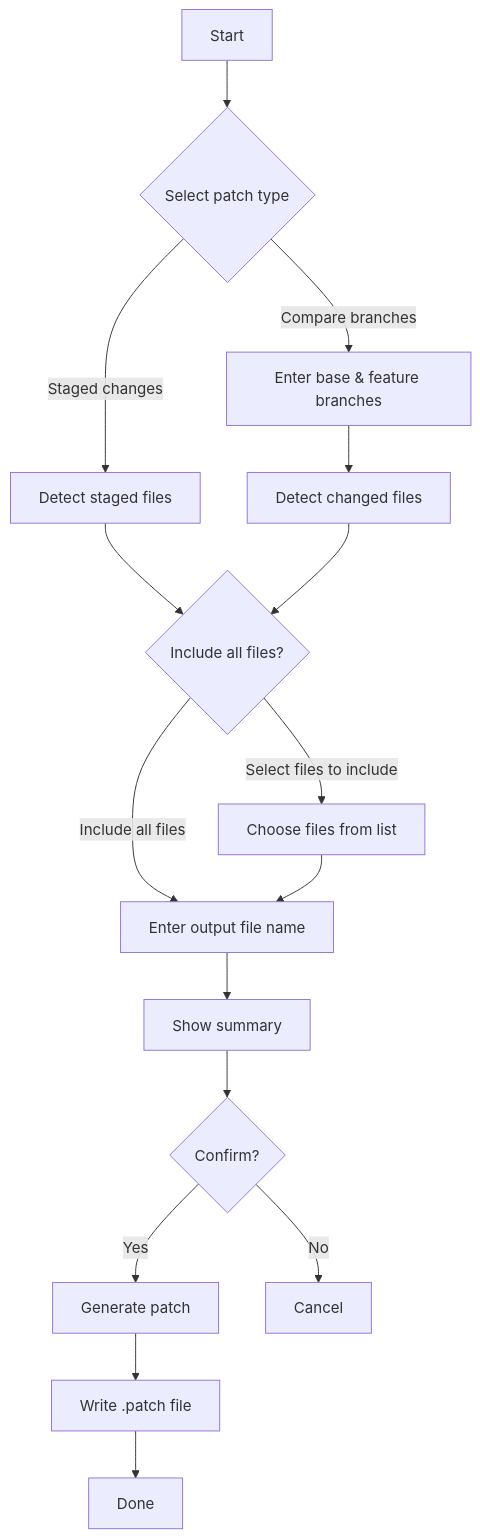
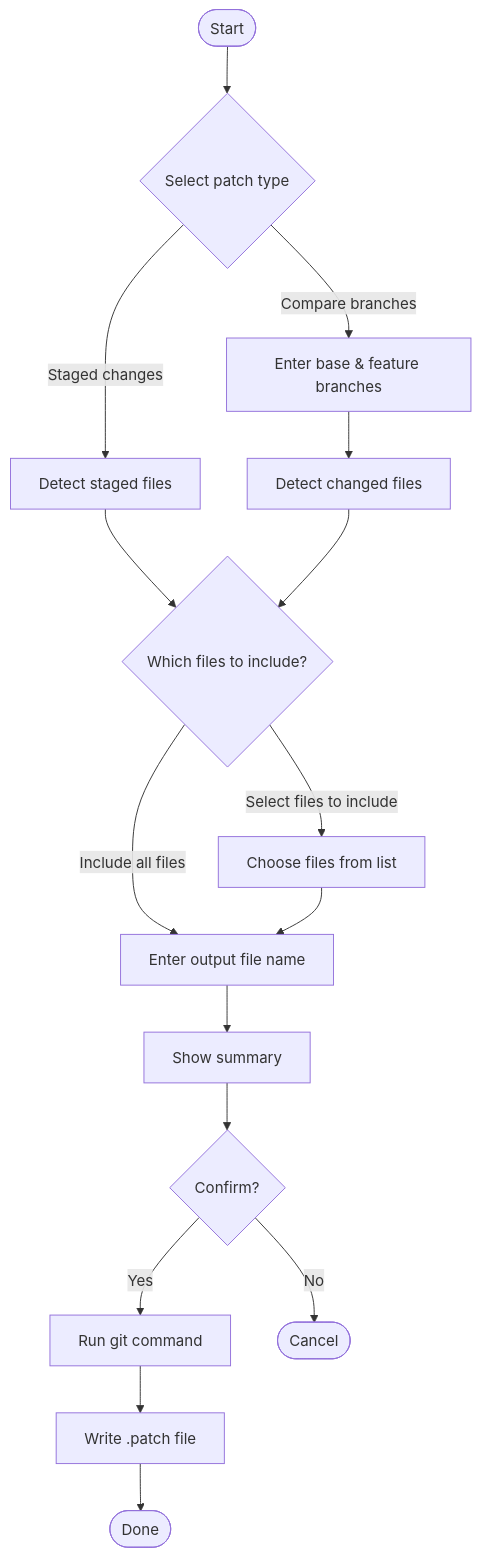
Before and after one commit to teles/patchgen: the diagram in README.md, drawn with Mermaid. The commit also changed other lines of this file, not shown here.

Commit message:
docs: update README to clarify patch generation workflow and enhance flowchart

````diff
--- a/README.md
+++ b/README.md
@@ -5,18 +156,18 @@
 ```mermaid
 flowchart TD
-    A[Start] --> B{Select patch type}
+    A([Start]) --> B{Select patch type}
     B -->|Staged changes| C[Detect staged files]
     B -->|Compare branches| D[Enter base & feature branches]
     D --> E[Detect changed files]
-    C --> F{Include all files?}
+    C --> F{Which files to include?}
     E --> F
     F -->|Include all files| G[Enter output file name]
     F -->|Select files to include| H[Choose files from list]
     H --> G
     G --> I[Show summary]
     I --> J{Confirm?}
-    J -->|Yes| K[Generate patch]
-    J -->|No| L[Cancel]
+    J -->|Yes| K[Run git command]
+    J -->|No| L([Cancel])
     K --> M[Write .patch file]
-    M --> N[Done]
+    M --> N([Done])
 ```
````
